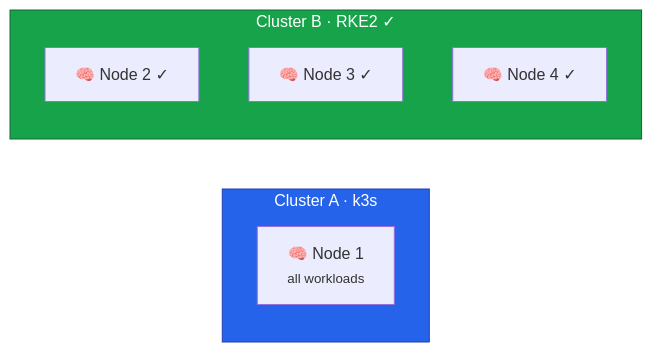
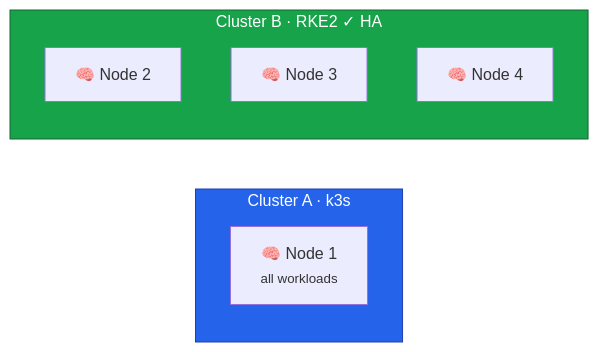
One commit to philprime/philprime.dev changed the second of 2 diagrams in guides/migrating-k3s-to-rke2-without-downtime/lesson-14.md. Above: the diagram before and after it, drawn with Mermaid. The commit also changed other lines of this file and 15 other files, not shown here.

````diff
--- a/guides/migrating-k3s-to-rke2-without-downtime/lesson-14.md
+++ b/guides/migrating-k3s-to-rke2-without-downtime/lesson-14.md
@@ -264,18 +202,18 @@
 ```mermaid!
 flowchart LR
   subgraph A["Cluster A · k3s"]
     A1["🧠 Node 1<br/><small>all workloads</small>"]
   end
 
-  subgraph B["Cluster B · RKE2 ✓"]
-    B2["🧠 Node 2 ✓"]
-    B3["🧠 Node 3 ✓"]
-    B4["🧠 Node 4 ✓"]
+  subgraph B["Cluster B · RKE2 ✓ HA"]
+    B2["🧠 Node 2"]
+    B3["🧠 Node 3"]
+    B4["🧠 Node 4"]
   end
 
   classDef clusterA fill:#2563eb,color:#fff,stroke:#1e40af
   classDef clusterB fill:#16a34a,color:#fff,stroke:#166534
 
   class A clusterA
   class B clusterB
 ```
````
